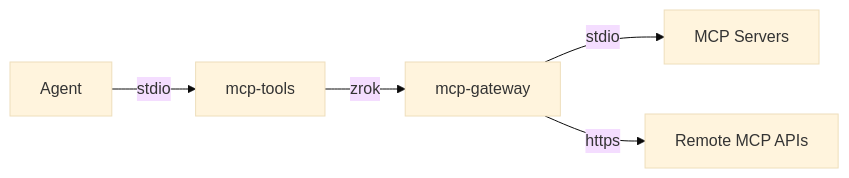
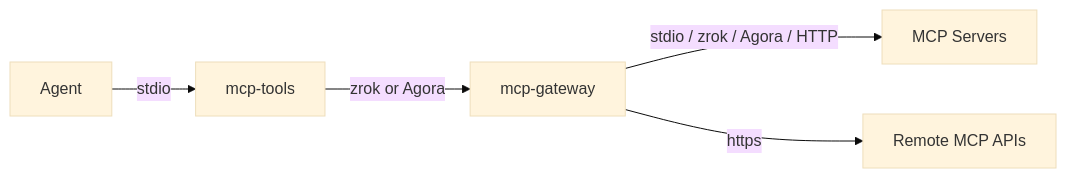
One commit to openziti/mcp-gateway changed the first of 2 diagrams in README.md. Above: the diagram before and after it, drawn with Mermaid (base theme). The commit also changed other lines of this file and 2 other files, not shown here.

Commit message:
agora; H

````diff
--- a/README.md
+++ b/README.md
@@ -19,7 +19,7 @@
 ```mermaid
 flowchart LR
     A[Agent] -->|stdio| B[mcp-tools]
-    B -->|zrok| C[mcp-gateway]
-    C -->|stdio| D[MCP Servers]
+    B -->|zrok or Agora| C[mcp-gateway]
+    C -->|stdio / zrok / Agora / HTTP| D[MCP Servers]
     C -->|https| E[Remote MCP APIs]
 ```
````
